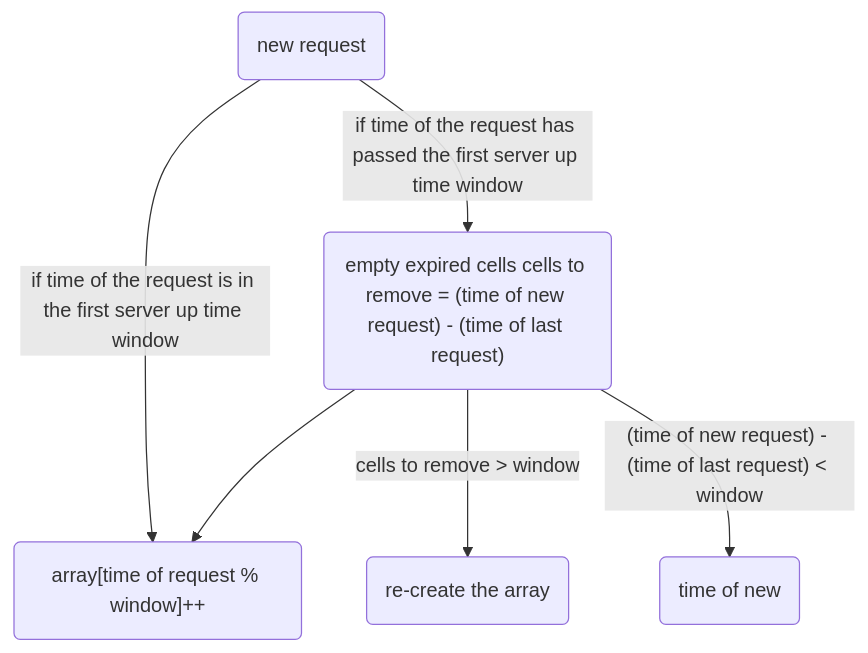
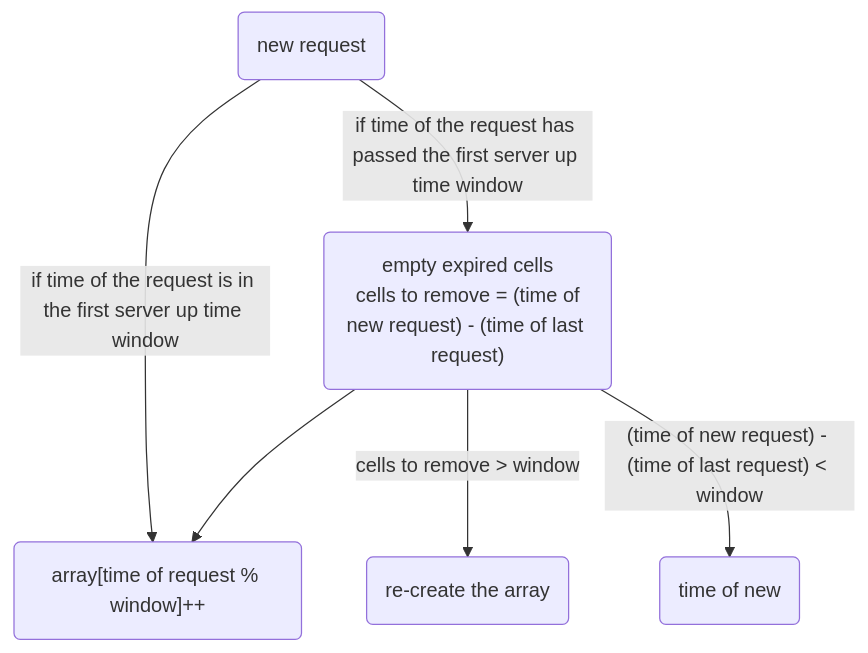
Before and after one commit to elahe-dastan/simplesurance-assignment: the diagram in README.md, drawn with Mermaid.

Commit message:
chore: check mermaid in github

````diff
--- a/README.md
+++ b/README.md
@@ -64,8 +64,8 @@
 ```mermaid
 graph TD;
   NewRequest("new request") -->|if time of the request is in the first server up time window| ArrayTimeOfRequest("array[time of request % window]++");
   NewRequest("new request") -->|if time of the request has passed the first server up time window| Empty("empty expired cells");
   Empty("empty expired cells") --> ArrayTimeOfRequest("array[time of request % window]++");
-  Empty("empty expired cells cells to remove = (time of new request) - (time of last request)") -->|cells to remove > window| ReCreate("re-create the array");
-  Empty("empty expired cells cells to remove = (time of new request) - (time of last request)") -->|"(time of new request) - (time of last request) < window"| CalculateExpired("time of new");
+  Empty("empty expired cells\n cells to remove = (time of new request) - (time of last request)") -->|cells to remove > window| ReCreate("re-create the array");
+  Empty("empty expired cells\n cells to remove = (time of new request) - (time of last request)") -->|"(time of new request) - (time of last request) < window"| CalculateExpired("time of new");
 ```
````
